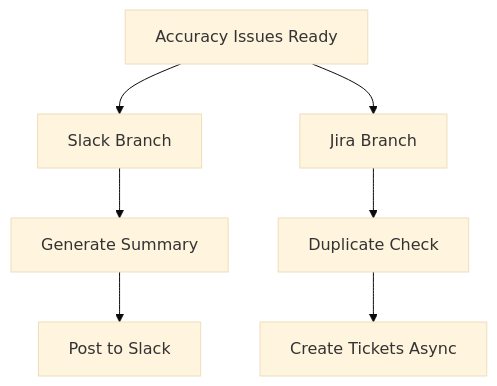
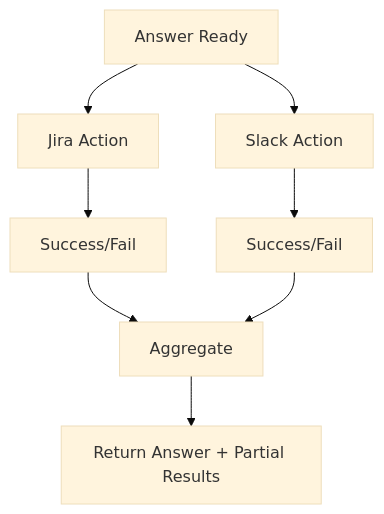
The fifth of 6 diagrams in docs/diagram.md (thanhit08/aiagt-aia), drawn with Mermaid (base theme) before and after one commit. The commit also changed other lines of this file and 18 other files, not shown here.

Commit message:
Generalize docs to full Jira/Slack action catalog orchestration

````diff
--- a/docs/diagram.md
+++ b/docs/diagram.md
@@ -105,11 +79,10 @@
 ```mermaid
 flowchart TD
-    A[Accuracy Issues Ready] --> B1[Slack Branch]
-    A --> B2[Jira Branch]
-
-    B1 --> C1[Generate Summary]
-    C1 --> D1[Post to Slack]
-
-    B2 --> C2[Duplicate Check]
-    C2 --> D2[Create Tickets Async]
+    A[Answer Ready] --> B1[Jira Action]
+    A --> B2[Slack Action]
+    B1 --> C1[Success/Fail]
+    B2 --> C2[Success/Fail]
+    C1 --> D[Aggregate]
+    C2 --> D
+    D --> E[Return Answer + Partial Results]
 ```
````
